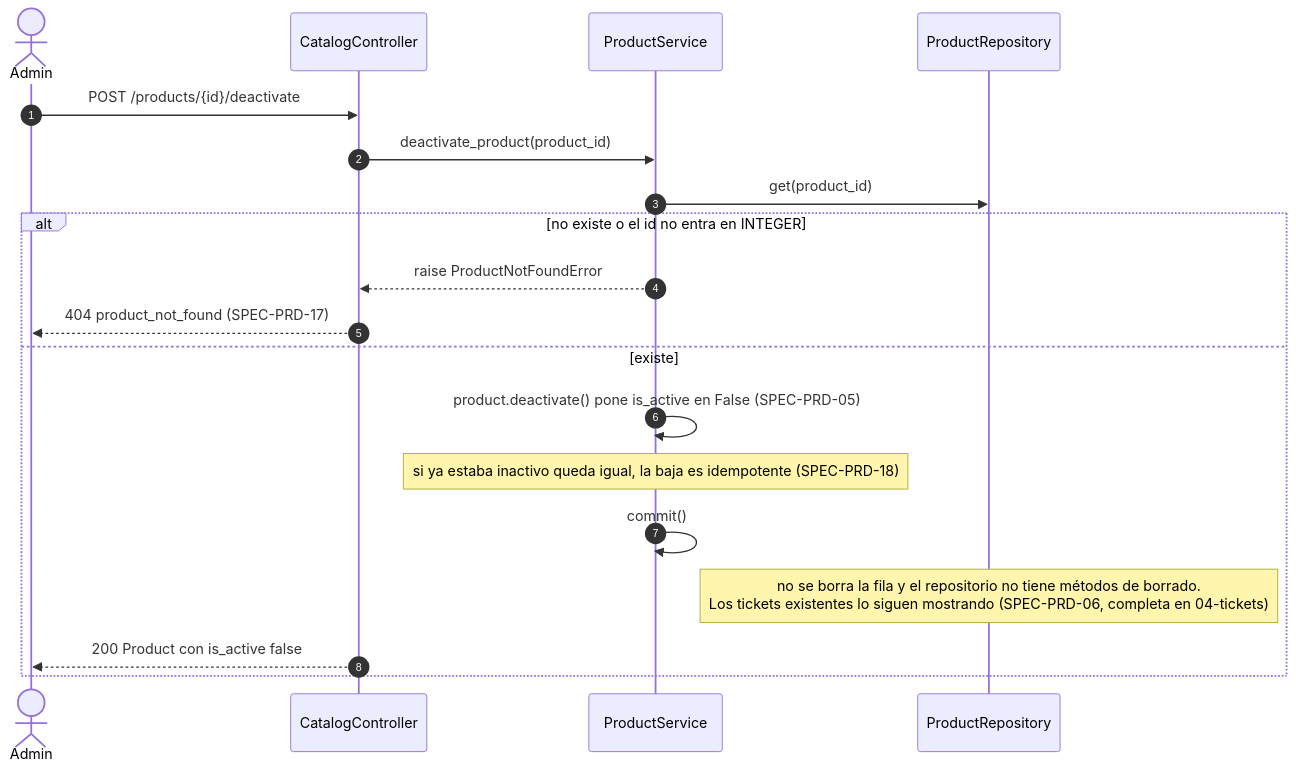
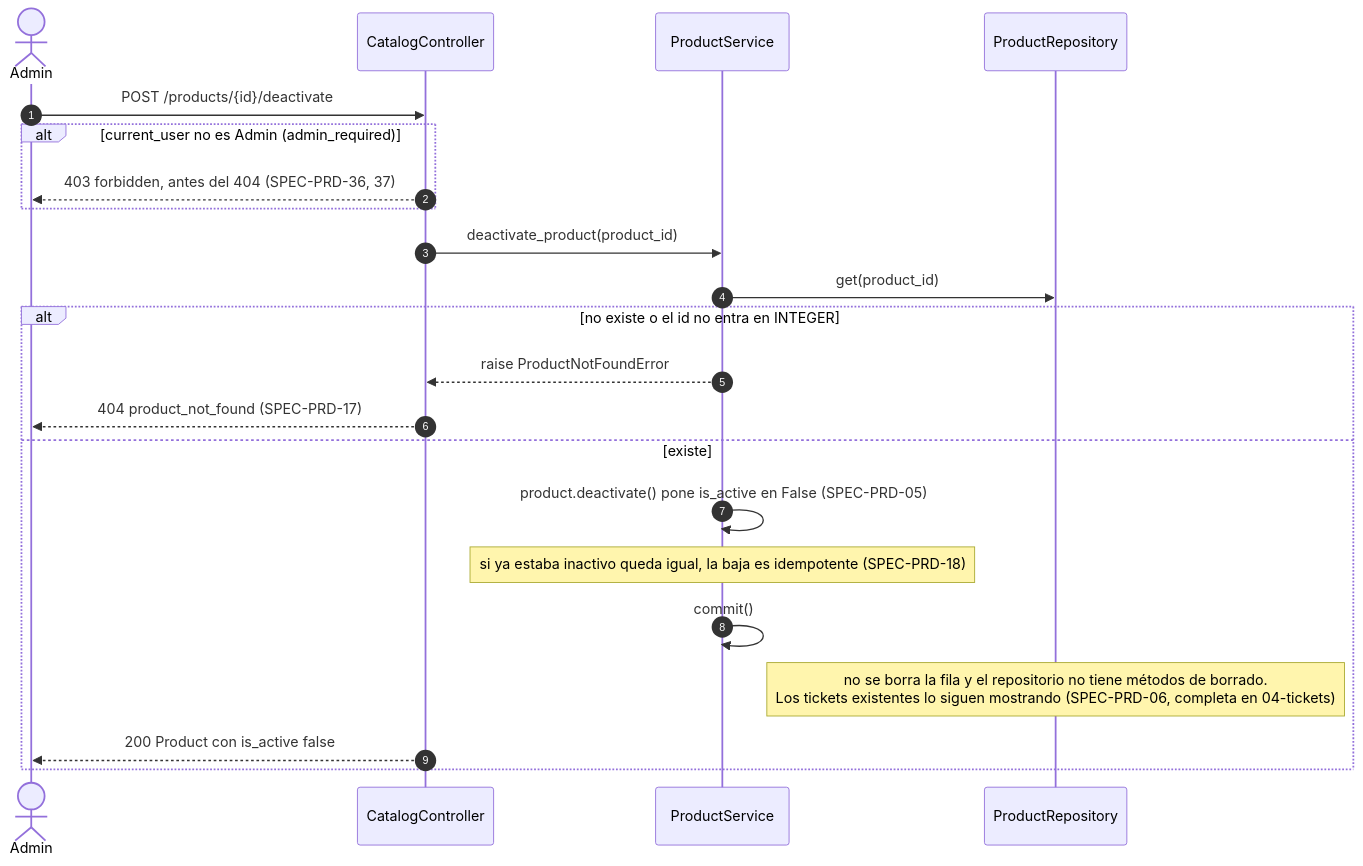
One commit to Diazfe-dev/AyED-III-python-ticket-service changed the second of 4 diagrams in diagrams/sequences/03-products.md. Above: the diagram before and after it, drawn with Mermaid. The commit also changed other lines of this file and 2 other files, not shown here.

Commit message:
docs(diagrams): product creation by representatives (T-PRD-51)

````diff
--- a/diagrams/sequences/03-products.md
+++ b/diagrams/sequences/03-products.md
@@ -67,22 +75,25 @@
 ```mermaid
 sequenceDiagram
     autonumber
     actor Admin
     participant PC as CatalogController
     participant PS as ProductService
     participant PR as ProductRepository
 
     Admin->>PC: POST /products/{id}/deactivate
+    alt current_user no es Admin (admin_required)
+        PC-->>Admin: 403 forbidden, antes del 404 (SPEC-PRD-36, 37)
+    end
     PC->>PS: deactivate_product(product_id)
     PS->>PR: get(product_id)
     alt no existe o el id no entra en INTEGER
         PS-->>PC: raise ProductNotFoundError
         PC-->>Admin: 404 product_not_found (SPEC-PRD-17)
     else existe
         PS->>PS: product.deactivate() pone is_active en False (SPEC-PRD-05)
         Note over PS: si ya estaba inactivo queda igual, la baja es idempotente (SPEC-PRD-18)
         PS->>PS: commit()
         Note over PR: no se borra la fila y el repositorio no tiene métodos de borrado.<br/>Los tickets existentes lo siguen mostrando (SPEC-PRD-06, completa en 04-tickets)
         PC-->>Admin: 200 Product con is_active false
     end
 ```
````
